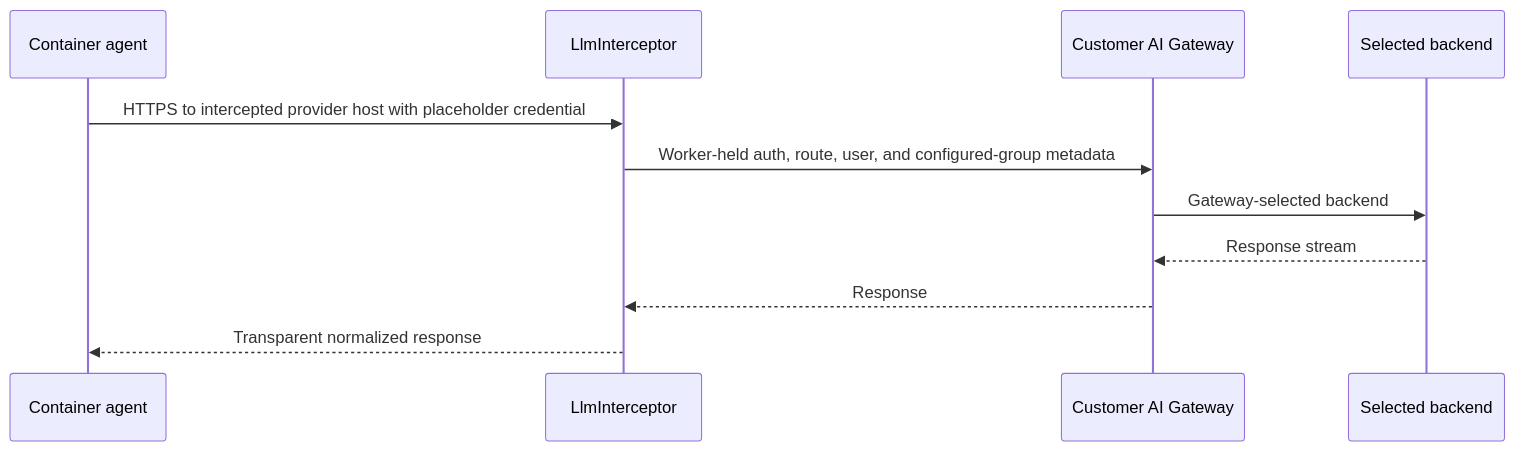
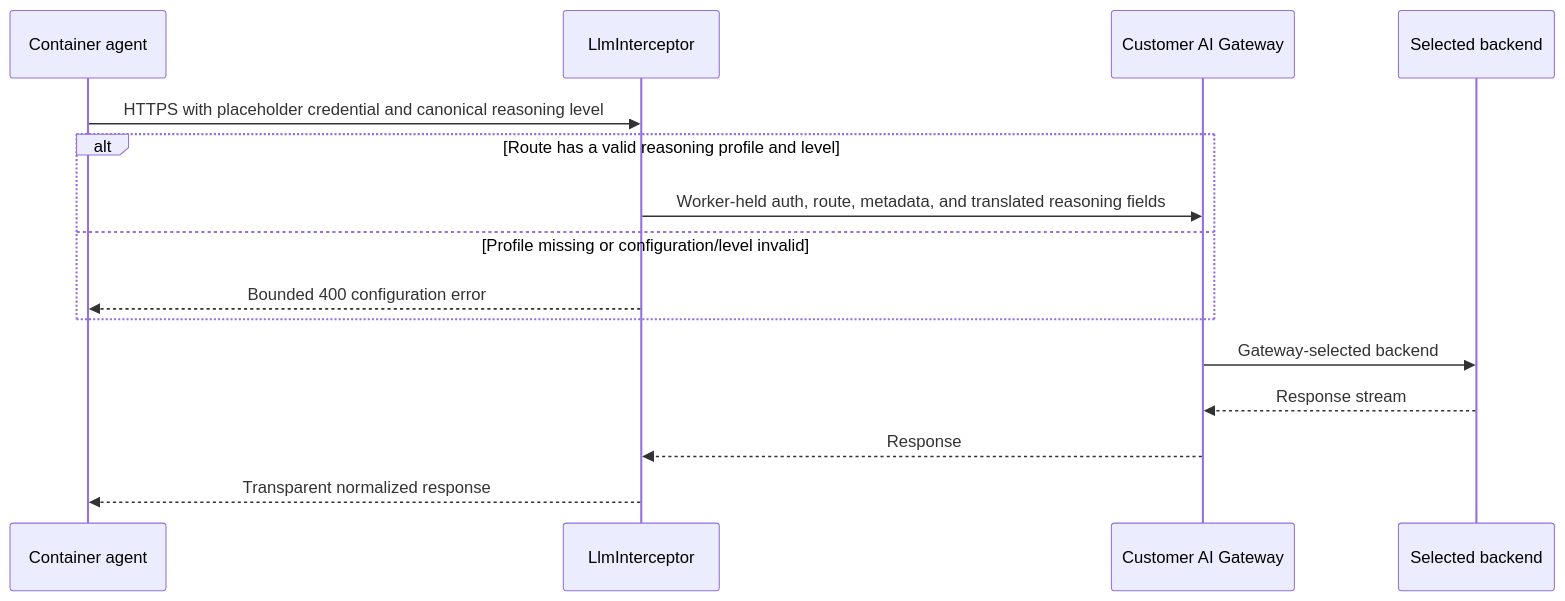
The eighth of 10 diagrams in documentation/lanes/architecture.md (nikolanovoselec/codeflare), drawn with Mermaid before and after one commit. The commit also changed other lines of this file and 14 other files, not shown here.

Commit message:
fix: fail closed on reasoning profile drift

````diff
--- a/documentation/lanes/architecture.md
+++ b/documentation/lanes/architecture.md
@@ -583,13 +583,17 @@
 ```mermaid
 sequenceDiagram
     participant C as Container agent
     participant I as LlmInterceptor
     participant G as Customer AI Gateway
     participant P as Selected backend
-    C->>I: HTTPS to intercepted provider host with placeholder credential
-    I->>G: Worker-held auth, route, user, and configured-group metadata
+    C->>I: HTTPS with placeholder credential and canonical reasoning level
+    alt Route has a valid reasoning profile and level
+        I->>G: Worker-held auth, route, metadata, and translated reasoning fields
+    else Profile missing or configuration/level invalid
+        I-->>C: Bounded 400 configuration error
+    end
     G->>P: Gateway-selected backend
     P-->>G: Response stream
     G-->>I: Response
     I-->>C: Transparent normalized response
 ```
````
